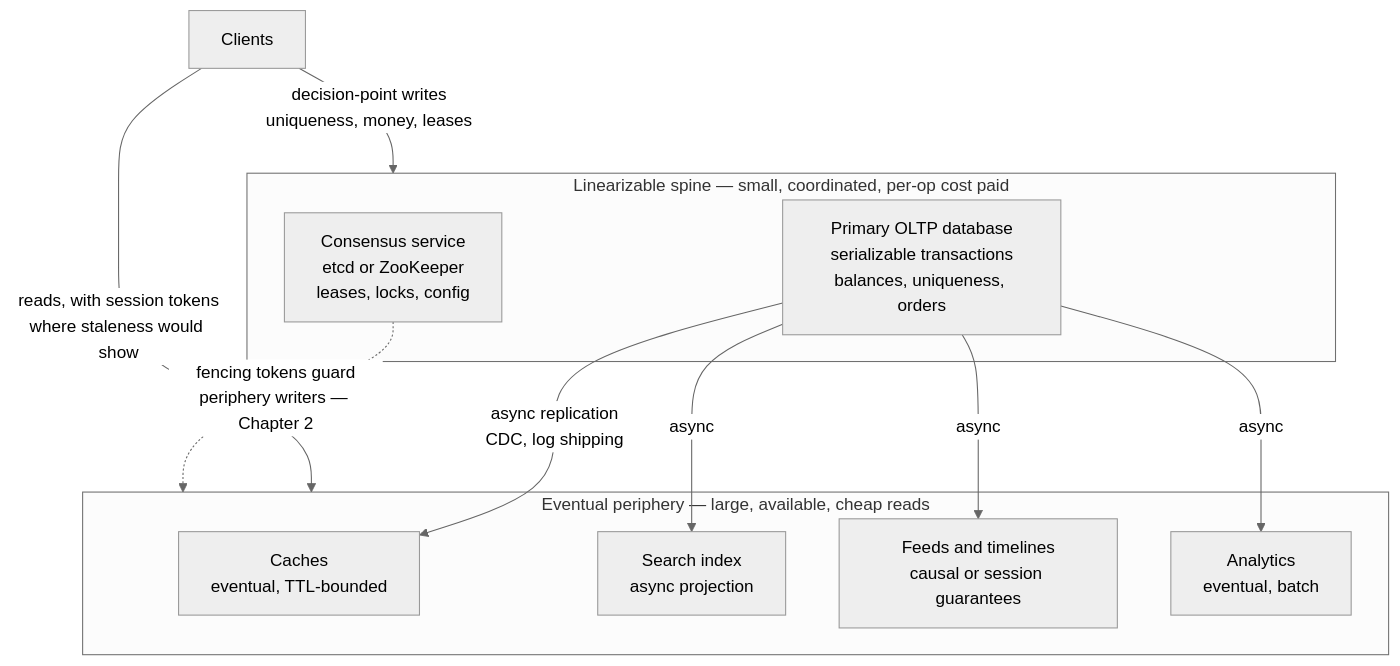
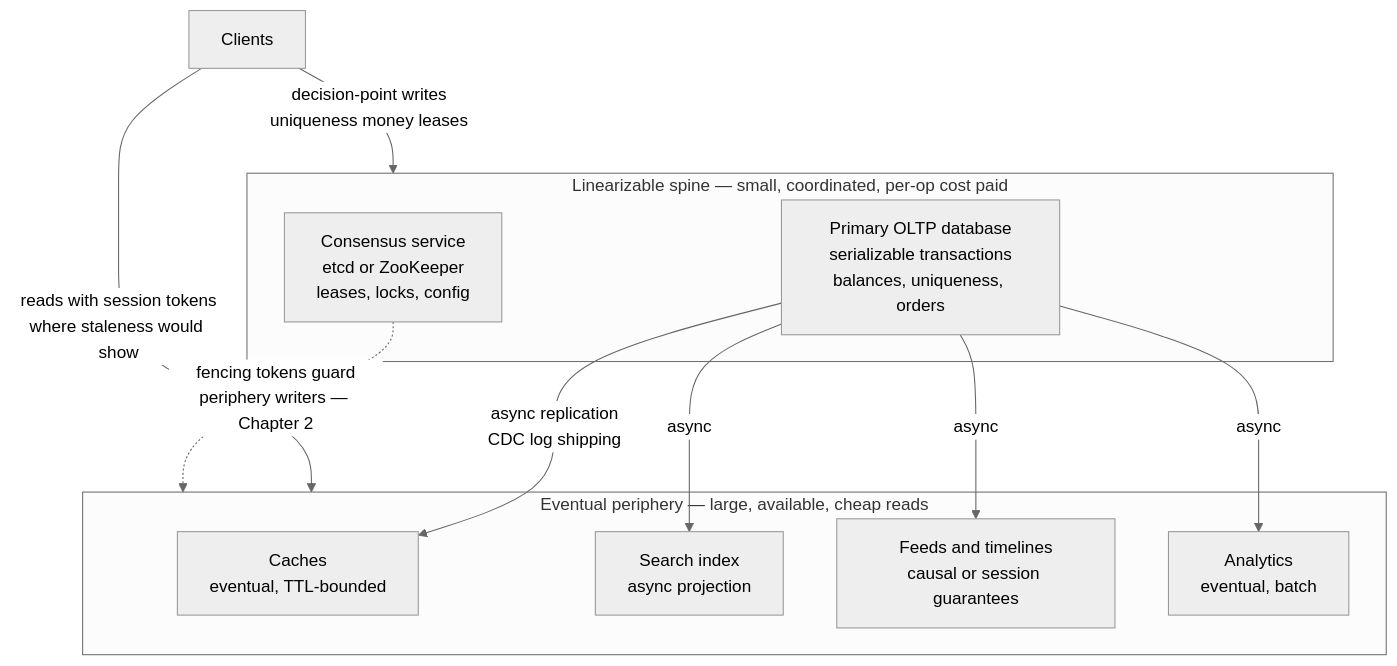
The fourth of 7 diagrams in vol-06-distributed-systems/ch03-consistency-models.md (bumbsclaw/textbooks), drawn with Mermaid (neutral theme) before and after one commit. The commit also changed 173 other files, not shown here.

First line of the commit message:
fix(mermaid): close note brackets, semicolons in Notes, stateDiagram br -> dash, edge parens

````diff
--- a/vol-06-distributed-systems/ch03-consistency-models.md
+++ b/vol-06-distributed-systems/ch03-consistency-models.md
@@ -543,21 +543,21 @@
 ```mermaid
 flowchart TB
     subgraph SPINE["Linearizable spine — small, coordinated, per-op cost paid"]
         CONS["Consensus service<br/>etcd or ZooKeeper<br/>leases, locks, config"]
         OLTP["Primary OLTP database<br/>serializable transactions<br/>balances, uniqueness, orders"]
     end
     subgraph PERI["Eventual periphery — large, available, cheap reads"]
         CACHE["Caches<br/>eventual, TTL-bounded"]
         SEARCH["Search index<br/>async projection"]
         FEED["Feeds and timelines<br/>causal or session guarantees"]
         OLAP["Analytics<br/>eventual, batch"]
     end
     CLIENT["Clients"]
-    CLIENT -->|"decision-point writes<br/>uniqueness, money, leases"| SPINE
-    CLIENT -->|"reads, with session tokens<br/>where staleness would show"| PERI
-    OLTP -->|"async replication<br/>CDC, log shipping"| CACHE
+    CLIENT -->|"decision-point writes<br >uniqueness money leases"| SPINE
+    CLIENT -->|"reads with session tokens<br >where staleness would show"| PERI
+    OLTP -->|"async replication<br >CDC log shipping"| CACHE
     OLTP -->|"async"| SEARCH
     OLTP -->|"async"| FEED
     OLTP -->|"async"| OLAP
-    CONS -.->|"fencing tokens guard<br/>periphery writers — Chapter 2"| PERI
+    CONS -.->|"fencing tokens guard<br >periphery writers — Chapter 2"| PERI
 ```
````
